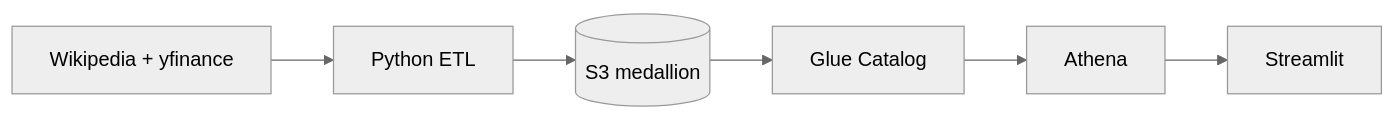
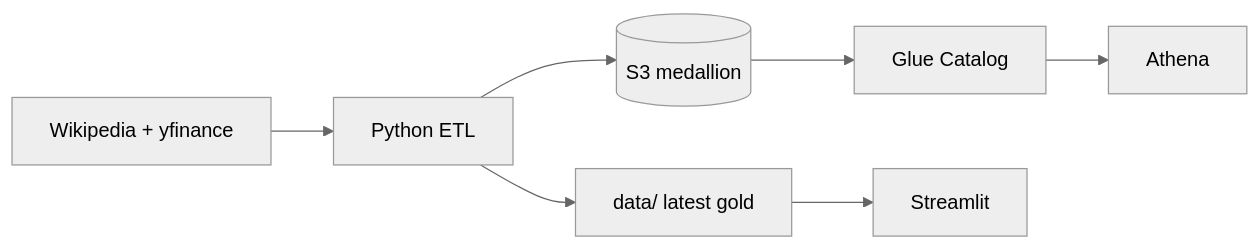
The diagram in README.md (Addy48/automated-data-pipeline), drawn with Mermaid (neutral theme) before and after one commit. The commit also changed other lines of this file and 9 other files, not shown here.

````diff
--- a/README.md
+++ b/README.md
@@ -23,8 +23,9 @@
 ```mermaid
 flowchart LR
   Wiki[Wikipedia + yfinance] --> ETL[Python ETL]
   ETL --> S3[(S3 medallion)]
   S3 --> Glue[Glue Catalog]
   Glue --> Athena[Athena]
-  Athena --> Dash[Streamlit]
+  ETL --> Local[data/ latest gold]
+  Local --> Dash[Streamlit]
 ```
````
